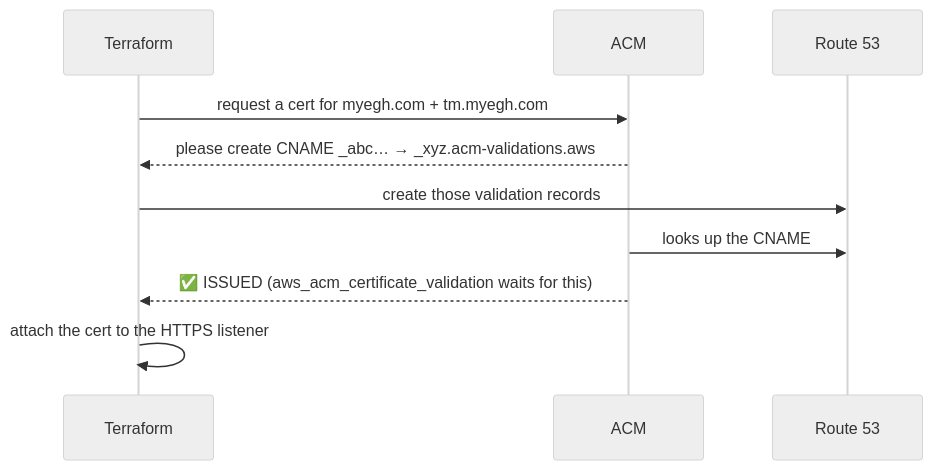
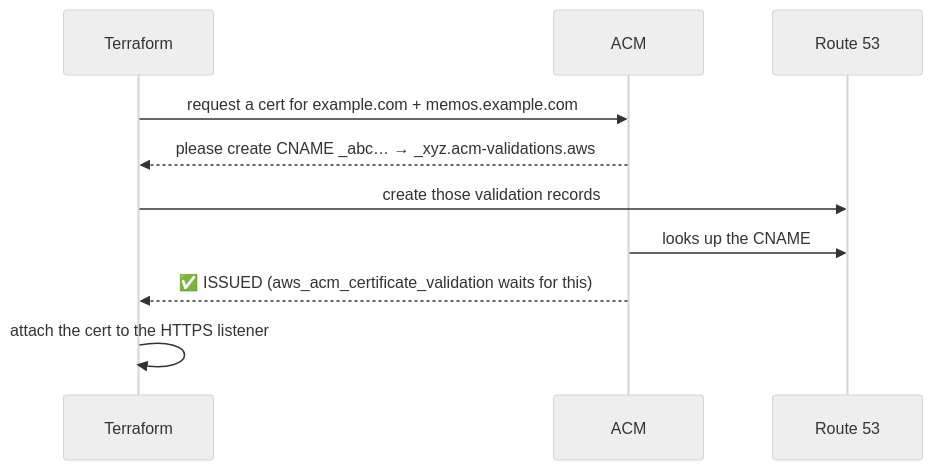
One commit to EnamulRahman/doomscrolling-app-devops changed the fourth of 4 diagrams in content/learn/11-alb-dns-tls.md. Above: the diagram before and after it, drawn with Mermaid (neutral theme). The commit also changed other lines of this file and 36 other files, not shown here.

First line of the commit message:
Make the course generic, with Memos as a worked example

````diff
--- a/content/learn/11-alb-dns-tls.md
+++ b/content/learn/11-alb-dns-tls.md
@@ -146,12 +146,12 @@
 ```mermaid
 sequenceDiagram
   participant TF as Terraform
   participant ACM
   participant R53 as Route 53
-  TF->>ACM: request a cert for myegh.com + tm.myegh.com
+  TF->>ACM: request a cert for example.com + memos.example.com
   ACM-->>TF: please create CNAME _abc… → _xyz.acm-validations.aws
   TF->>R53: create those validation records
   ACM->>R53: looks up the CNAME
   ACM-->>TF: ✅ ISSUED (aws_acm_certificate_validation waits for this)
   TF->>TF: attach the cert to the HTTPS listener
 ```
````
